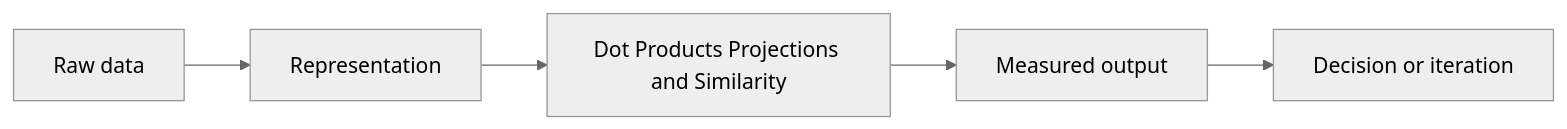
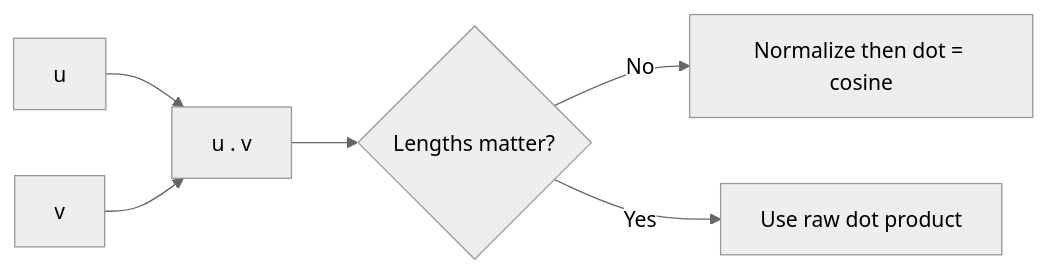
The diagram in math/04-dot-products-projections-and-similarity.md (Icon1cc/Machine-Learning), drawn with Mermaid (neutral theme) before and after one commit. The commit also changed other lines of this file and 264 other files, not shown here.

````diff
--- a/math/04-dot-products-projections-and-similarity.md
+++ b/math/04-dot-products-projections-and-similarity.md
@@ -92,7 +69,8 @@
 ```mermaid
 flowchart LR
-    A[Raw data] --> B[Representation]
-    B --> C[Dot Products Projections and Similarity]
-    C --> D[Measured output]
-    D --> E[Decision or iteration]
+    U[u] --> D[u . v]
+    V[v] --> D
+    D --> S{Lengths matter?}
+    S -- No --> Cos[Normalize then dot = cosine]
+    S -- Yes --> Dot[Use raw dot product]
 ```
````
